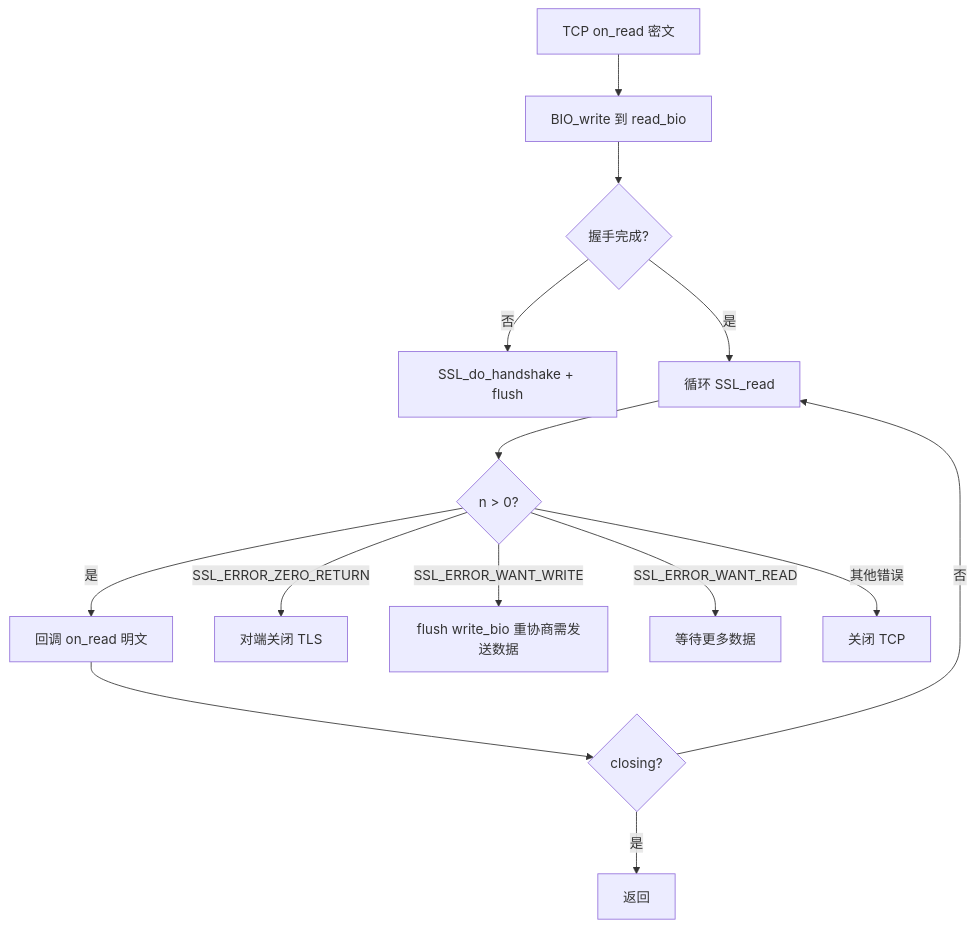
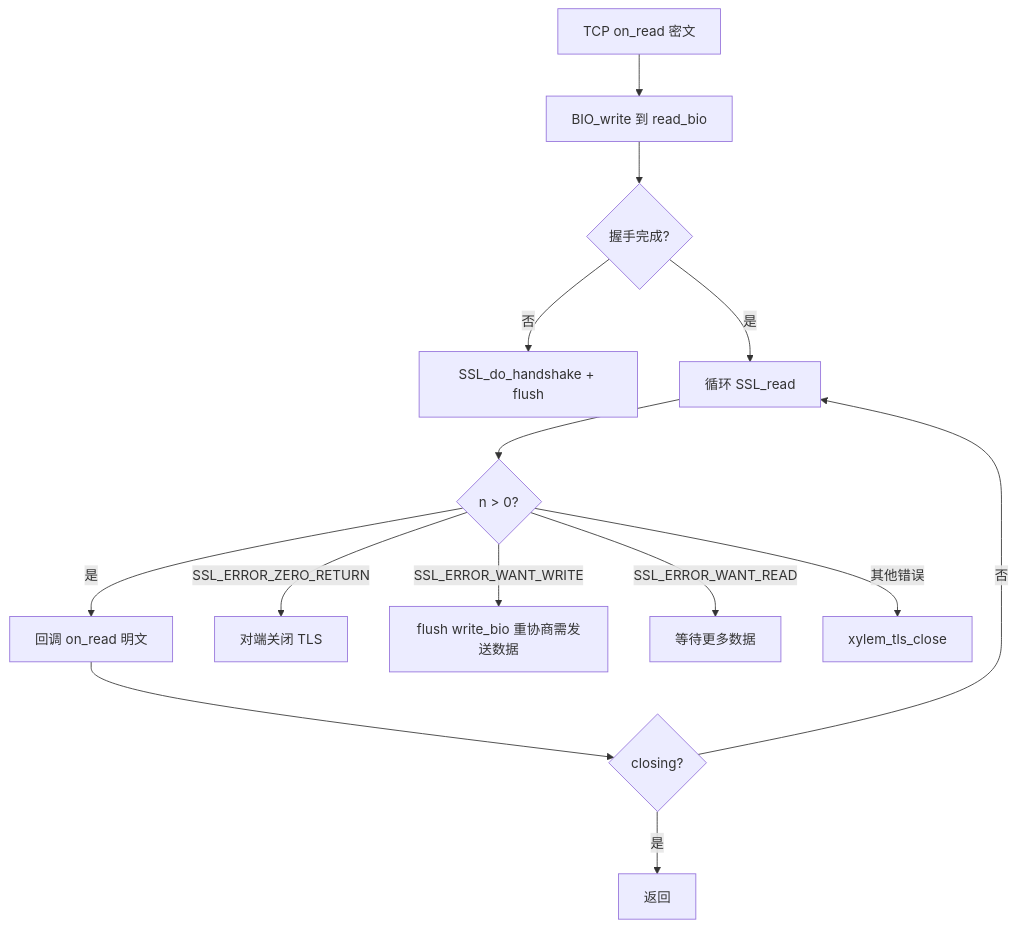
The fourth of 6 diagrams in .kiro/steering/tls-design.md (MeristemForge/Xylem), drawn with Mermaid before and after one commit. The commit also changed other lines of this file and 4 other files, not shown here.

First line of the commit message:
fix(tls): propagate SSL error info through on_close callback

````diff
--- a/.kiro/steering/tls-design.md
+++ b/.kiro/steering/tls-design.md
@@ -183,16 +185,16 @@
 ```mermaid
 flowchart TD
     A[TCP on_read 密文] --> B[BIO_write 到 read_bio]
     B --> C{握手完成?}
     C -->|否| D[SSL_do_handshake + flush]
     C -->|是| E[循环 SSL_read]
     E --> F{n > 0?}
     F -->|是| G[回调 on_read 明文]
     G --> H{closing?}
     H -->|是| I[返回]
     H -->|否| E
     F -->|SSL_ERROR_ZERO_RETURN| J[对端关闭 TLS]
     F -->|SSL_ERROR_WANT_WRITE| M[flush write_bio 重协商需发送数据]
     F -->|SSL_ERROR_WANT_READ| K[等待更多数据]
-    F -->|其他错误| L[关闭 TCP]
+    F -->|其他错误| L[xylem_tls_close]
 ```
````
